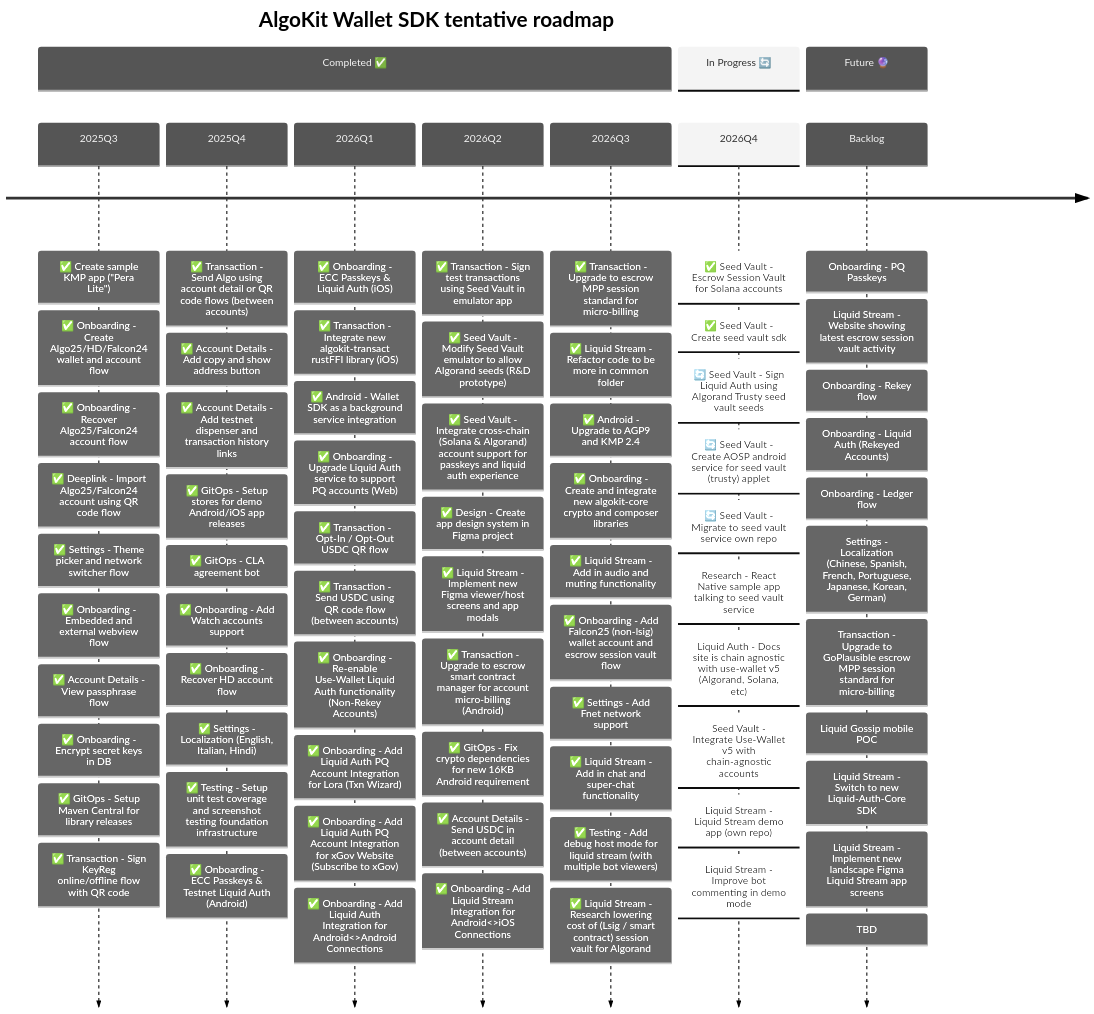
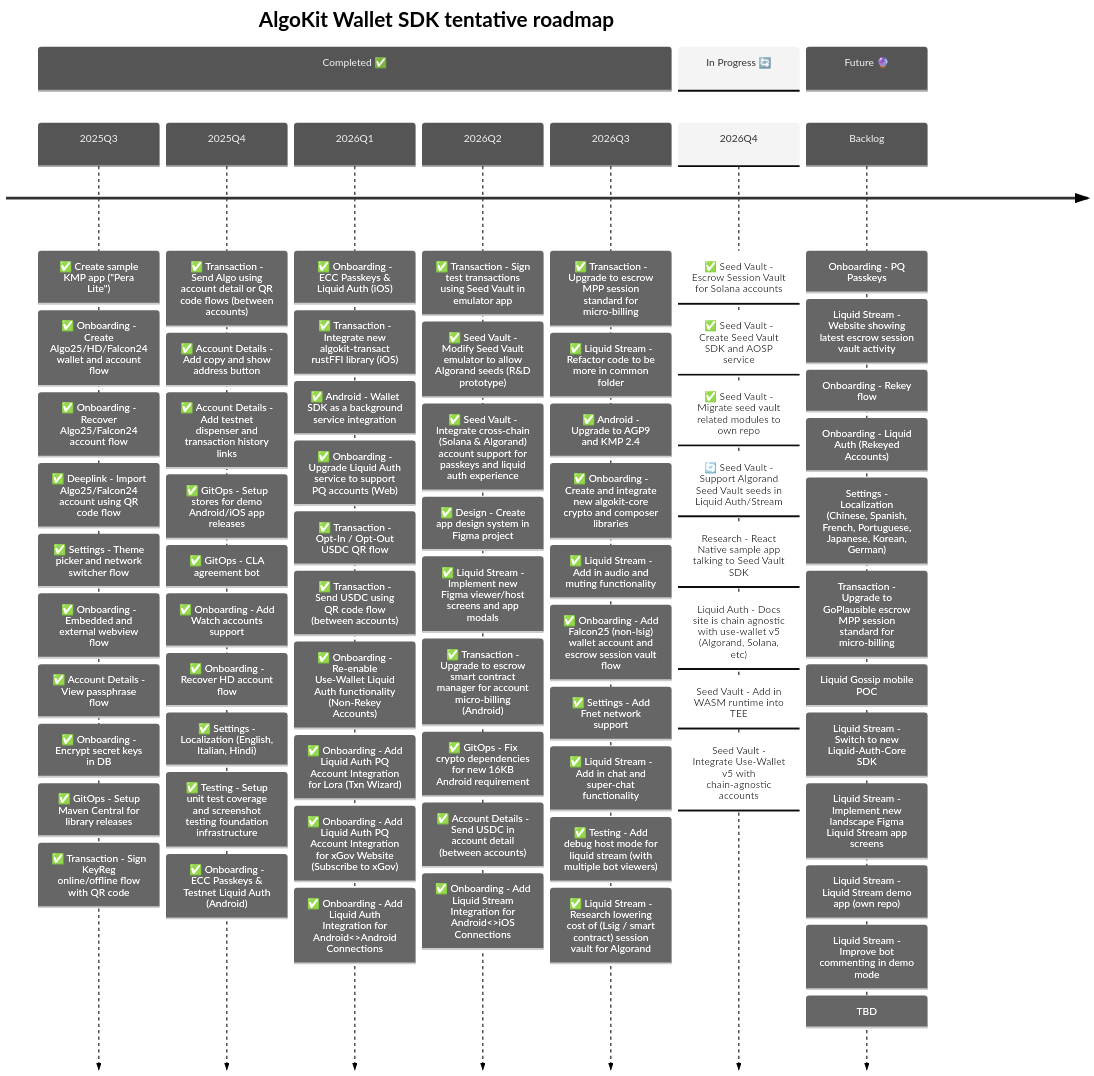
The second of 3 diagrams in README.md (michaeltchuangllc/algokit-walletsdk-kmp), drawn with Mermaid before and after one commit.

````diff
--- a/README.md
+++ b/README.md
@@ -128,31 +128,31 @@
             : ✅ Liquid Stream - Add in chat and super-chat functionality
             : ✅ Testing - Add debug host mode for liquid stream (with multiple bot viewers)
             : ✅ Liquid Stream - Research lowering cost of (Lsig / smart contract) session vault for Algorand          
-             
+
     section In Progress 🔄
     2026Q4   
              : ✅ Seed Vault - Escrow Session Vault for Solana accounts
-             : ✅ Seed Vault - Create seed vault sdk
-             : 🔄 Seed Vault - Sign Liquid Auth using Algorand Trusty seed vault seeds
-             : 🔄 Seed Vault - Create AOSP android service for seed vault (trusty) applet
-             : 🔄 Seed Vault - Migrate to seed vault service own repo
-             : Research - React Native sample app talking to seed vault service
+             : ✅ Seed Vault - Create Seed Vault SDK and AOSP service
+             : ✅ Seed Vault - Migrate seed vault related modules to own repo
+             : 🔄 Seed Vault - Support Algorand Seed Vault seeds in Liquid Auth/Stream
+             : Research - React Native sample app talking to Seed Vault SDK
              : Liquid Auth - Docs site is chain agnostic with use-wallet v5 (Algorand, Solana, etc)
+             : Seed Vault - Add in WASM runtime into TEE
              : Seed Vault - Integrate Use-Wallet v5 with chain-agnostic accounts
-             : Liquid Stream - Liquid Stream demo app (own repo)
-             : Liquid Stream - Improve bot commenting in demo mode
+             
 
     section Future 🔮
     Backlog  : Onboarding - PQ Passkeys
              : Liquid Stream - Website showing latest escrow session vault activity
              : Onboarding - Rekey flow
              : Onboarding - Liquid Auth (Rekeyed Accounts)
-             : Onboarding - Ledger flow
              : Settings - Localization (Chinese, Spanish, French, Portuguese, Japanese, Korean, German)
              : Transaction - Upgrade to GoPlausible escrow MPP session standard for micro-billing
              : Liquid Gossip mobile POC
              : Liquid Stream - Switch to new Liquid-Auth-Core SDK
              : Liquid Stream - Implement new landscape Figma Liquid Stream app screens
+             : Liquid Stream - Liquid Stream demo app (own repo)
+             : Liquid Stream - Improve bot commenting in demo mode
              : TBD
 
 ```
````
